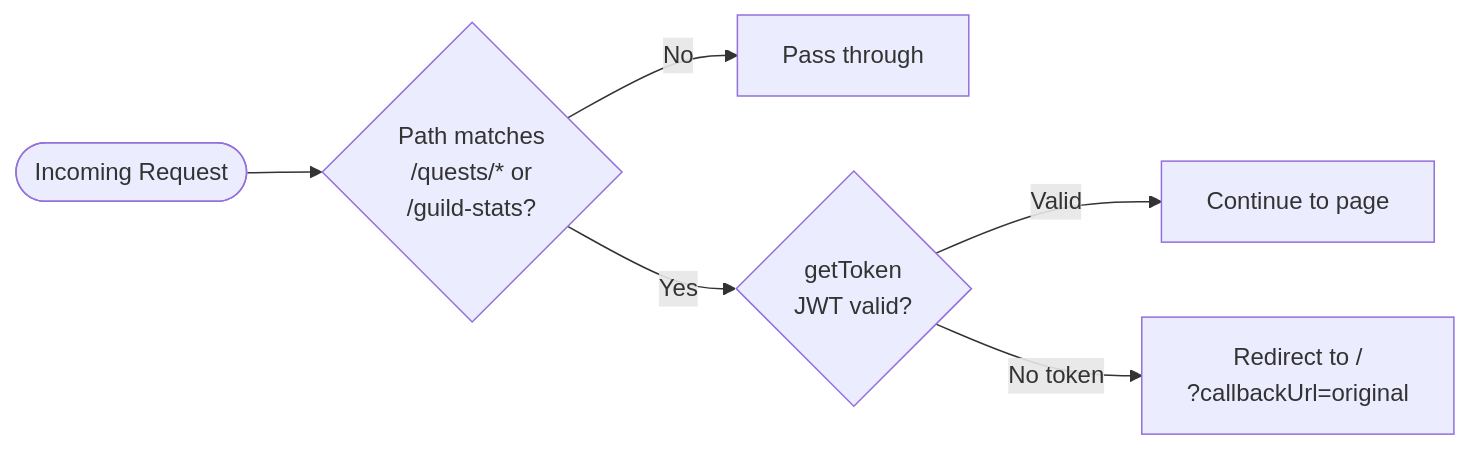
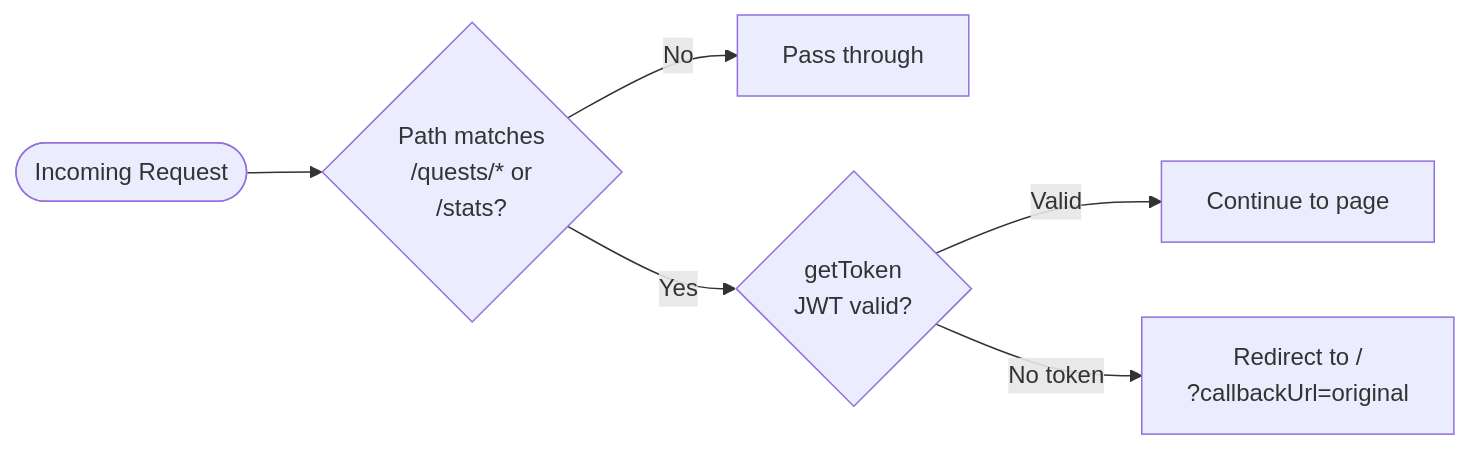
The eighth of 10 diagrams in documentation/architecture-mindmap.md (avangardewashere/sidequest), drawn with Mermaid before and after one commit. The commit also changed other lines of this file and 13 other files, not shown here.

````diff
--- a/documentation/architecture-mindmap.md
+++ b/documentation/architecture-mindmap.md
@@ -266,8 +266,8 @@
 ```mermaid
 flowchart LR
-    A([Incoming Request]) --> B{Path matches\n/quests/* or\n/guild-stats?}
+    A([Incoming Request]) --> B{Path matches\n/quests/* or\n/stats?}
     B -->|No| C[Pass through]
     B -->|Yes| D{getToken\nJWT valid?}
     D -->|Valid| E[Continue to page]
     D -->|No token| F[Redirect to /\n?callbackUrl=original]
 ```
````
